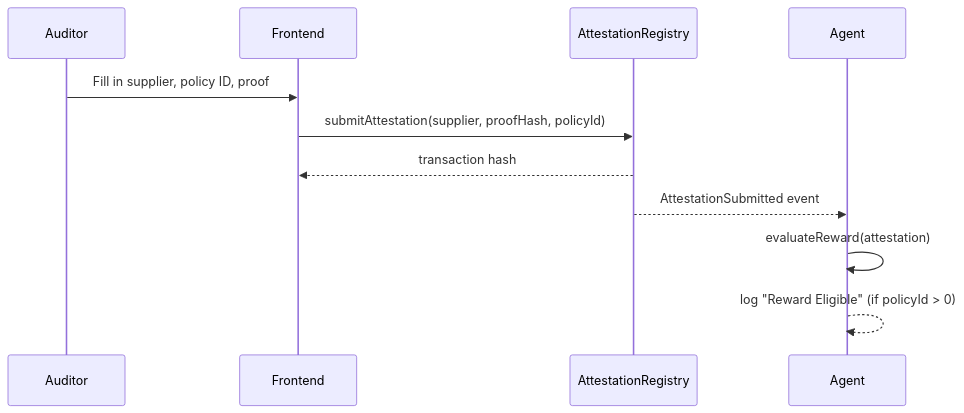
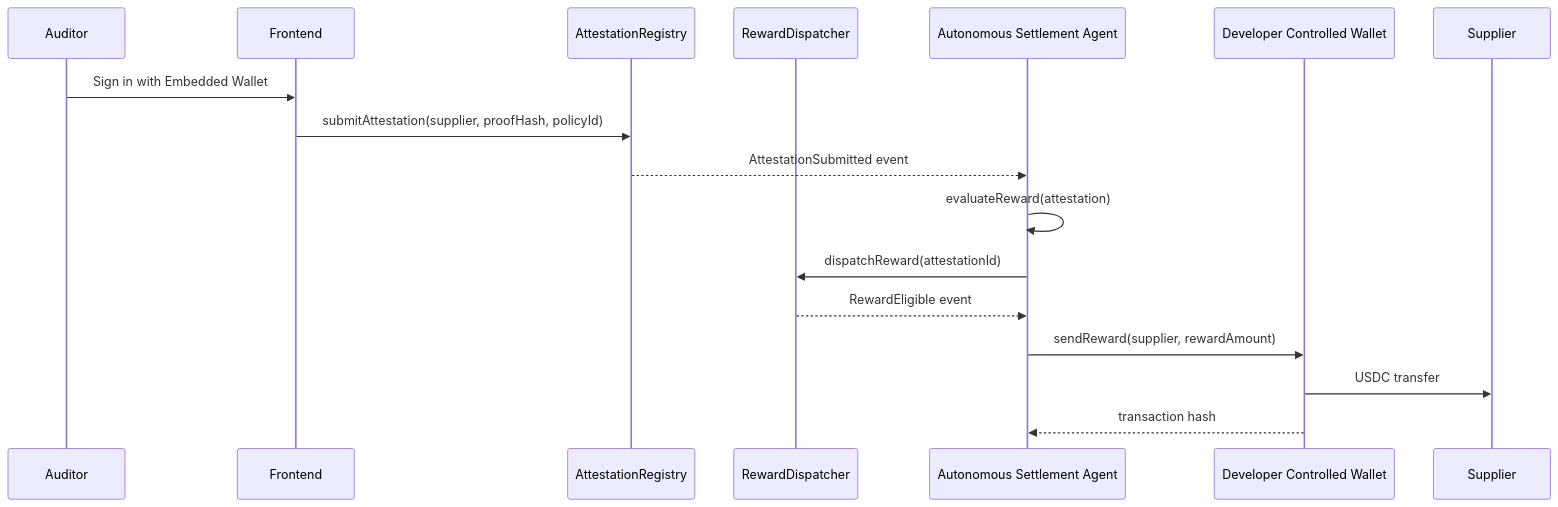
The diagram in docs/architecture.md (Olayeniii/ProveStream), drawn with Mermaid before and after one commit. The commit also changed other lines of this file and 70 other files, not shown here.

````diff
--- a/docs/architecture.md
+++ b/docs/architecture.md
@@ -5,14 +5,20 @@
 ```mermaid
 sequenceDiagram
     participant Auditor
     participant Frontend
     participant Registry as AttestationRegistry
-    participant Agent
+    participant Dispatcher as RewardDispatcher
+    participant Agent as Autonomous Settlement Agent
+    participant DCW as Developer Controlled Wallet
+    participant Supplier
 
-    Auditor->>Frontend: Fill in supplier, policy ID, proof
+    Auditor->>Frontend: Sign in with Embedded Wallet
     Frontend->>Registry: submitAttestation(supplier, proofHash, policyId)
-    Registry-->>Frontend: transaction hash
     Registry-->>Agent: AttestationSubmitted event
     Agent->>Agent: evaluateReward(attestation)
-    Agent-->>Agent: log "Reward Eligible" (if policyId > 0)
+    Agent->>Dispatcher: dispatchReward(attestationId)
+    Dispatcher-->>Agent: RewardEligible event
+    Agent->>DCW: sendReward(supplier, rewardAmount)
+    DCW->>Supplier: USDC transfer
+    DCW-->>Agent: transaction hash
 ```
````
